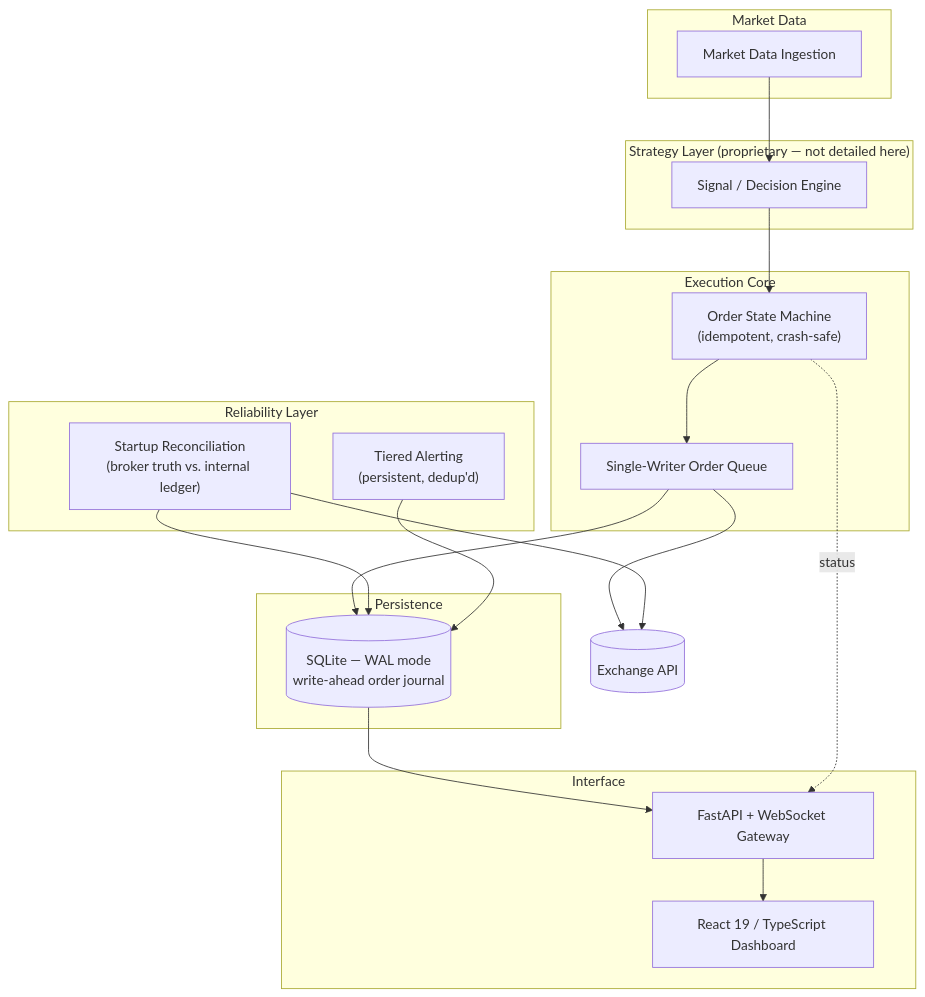
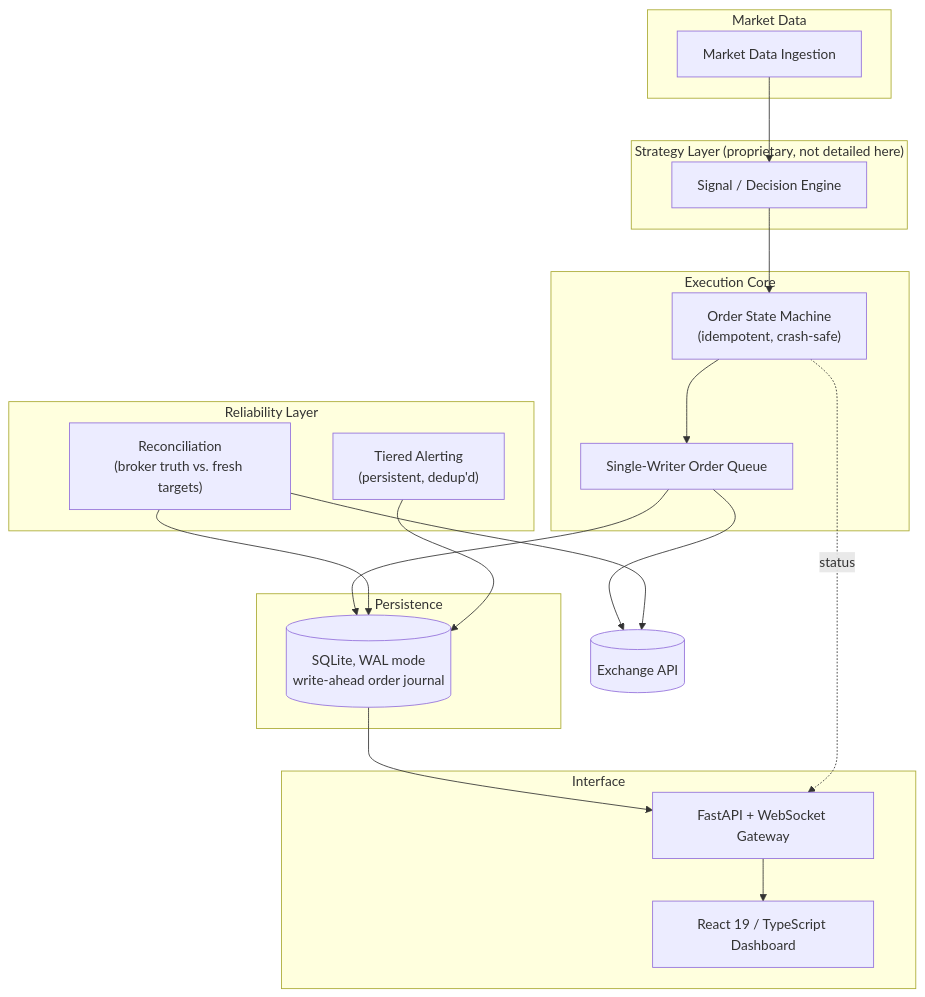
One commit to Aditya-7117/AEGIS-Overview changed the diagram in README.md. Above: the diagram before and after it, drawn with Mermaid. The commit also changed other lines of this file and 1 other file, not shown here.

Commit message:
Correct reconciliation claims and include async functions in the test count

````diff
--- a/README.md
+++ b/README.md
@@ -21,40 +21,40 @@
 ```mermaid
 flowchart TB
     subgraph ingest["Market Data"]
         MD["Market Data Ingestion"]
     end
 
-    subgraph strategy["Strategy Layer (proprietary — not detailed here)"]
+    subgraph strategy["Strategy Layer (proprietary, not detailed here)"]
         SIG["Signal / Decision Engine"]
     end
 
     subgraph exec["Execution Core"]
         FSM["Order State Machine\n(idempotent, crash-safe)"]
         RT["Single-Writer Order Queue"]
     end
 
     subgraph reliability["Reliability Layer"]
-        REC["Startup Reconciliation\n(broker truth vs. internal ledger)"]
+        REC["Reconciliation\n(broker truth vs. fresh targets)"]
         ALT["Tiered Alerting\n(persistent, dedup'd)"]
     end
 
     subgraph store["Persistence"]
-        DB[("SQLite — WAL mode\nwrite-ahead order journal")]
+        DB[("SQLite, WAL mode\nwrite-ahead order journal")]
     end
 
     subgraph iface["Interface"]
         API["FastAPI + WebSocket Gateway"]
         UI["React 19 / TypeScript Dashboard"]
     end
 
     EXC[("Exchange API")]
 
     MD --> SIG --> FSM
     FSM --> RT --> EXC
     RT --> DB
     REC --> DB
     REC --> EXC
     ALT --> DB
     DB --> API --> UI
     FSM -.status.-> API
 ```
````
